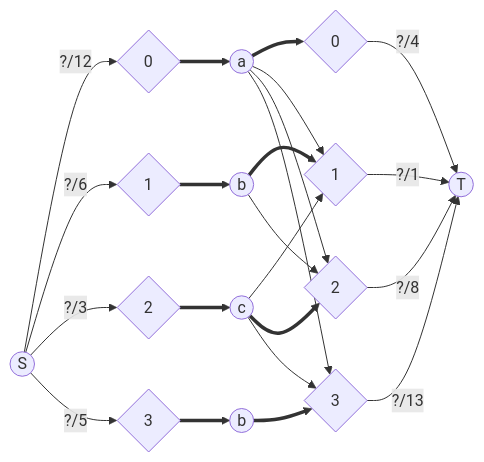
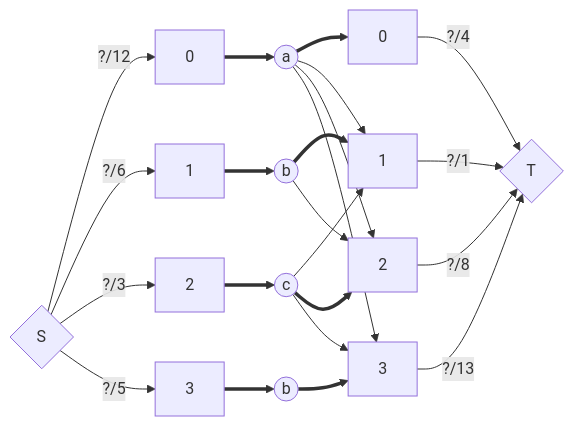
Before and after one commit to bfeitknecht/vault: the second of 2 diagrams in vault/sem2/AuW/UE/cx/bf/cx09-bf.md, drawn with Mermaid.

Commit message:
vault backup: 2024-05-18 22:23:38 from MacBook Pro (echo)
Affected files:
vault/sem2/AuW/UE/cx/bf/cx09-bf.md

````diff
--- a/vault/sem2/AuW/UE/cx/bf/cx09-bf.md
+++ b/vault/sem2/AuW/UE/cx/bf/cx09-bf.md
@@ -24,52 +24,52 @@
 ```mermaid
 flowchart LR
 
-idF(("S"))
-idT(("T"))
+idF{"S"}
+idT{"T"}
 
 %% from
-idf0{0}
-idf1{1}
-idf2{2}
-idf3{3}
+idf0[0]
+idf1[1]
+idf2[2]
+idf3[3]
 
 %% to
-idt0{0}
-idt1{1}
-idt2{2}
-idt3{3}
+idt0[0]
+idt1[1]
+idt2[2]
+idt3[3]
 
 %% variety
 id0a((a))
 id1b((b))
 id2c((c))
 id3b((b))
 
 %%%%%%%%%%%%%%%%%%%%%%%%%%%%%%%%%%%%%%%%%%%%
 
 idF -->|"?/12"| idf0
 idF -->|"?/6"| idf1
 idF -->|"?/3"| idf2
 idF -->|"?/5"| idf3
 
 idt0 -->|"?/4"| idT
 idt1 -->|"?/1"| idT
 idt2 -->|"?/8"| idT
 idt3 -->|"?/13"| idT
 
 
 idf0 ==> id0a ==> idt0
 
 id0a --> idt1
 idf1 ==> id1b ==> idt1
 id2c --> idt1
 
 id0a --> idt2
 id1b --> idt2
 idf2 ==> id2c ==> idt2
 
 id0a --> idt3
 idf3 ==> id3b ==> idt3
 id2c --> idt3
 
 ```
````
